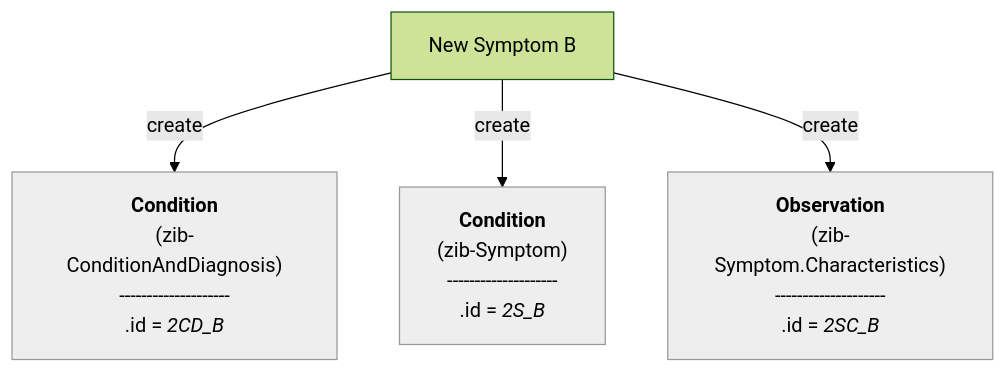
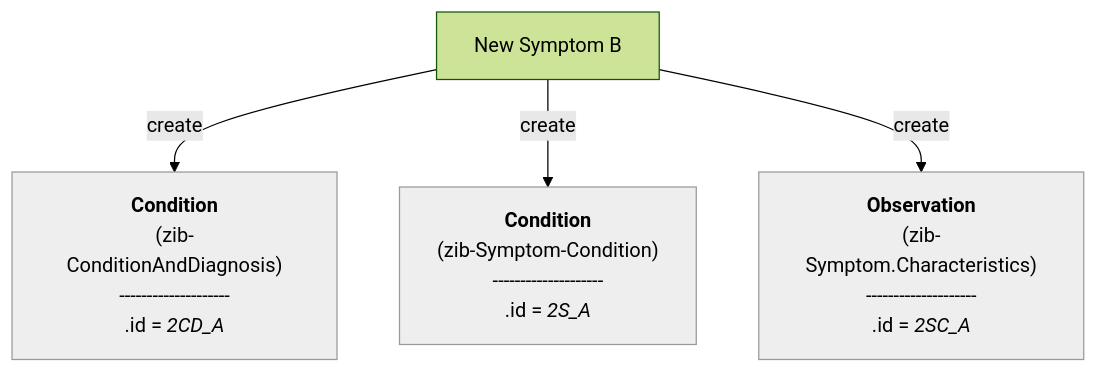
Before and after one commit to Nictiz/Nictiz-R4-zib2024: the seventh of 27 diagrams in documentation/Condition-Diagnosis-Symptom.md, drawn with Mermaid (forest theme). The commit also changed other lines of this file, not shown here.

Commit message:
Added changes regarding symptom as an Observation

````diff
--- a/documentation/Condition-Diagnosis-Symptom.md
+++ b/documentation/Condition-Diagnosis-Symptom.md
@@ -314,27 +387,27 @@
 ```mermaid
 flowchart TB
 
 NewSymptom_B["`New Symptom B`"]
 
     CD_B["`**Condition**
         (zib-ConditionAndDiagnosis)
         --------------------
-        .id = _2CD_B_`"] 
+        .id = _2CD_A_`"] 
     S_B["`**Condition**
-        (zib-Symptom)
+        (zib-Symptom-Condition)
         --------------------
-        .id = _2S_B_`"]
+        .id = _2S_A_`"]
     SC_B["`**Observation**
         (zib-Symptom.Characteristics)
         --------------------
-        .id = _2SC_B_`"]
+        .id = _2SC_A_`"]
 
     CD_B:::Ash
     S_B:::Ash
     SC_B:::Ash
     classDef Ash stroke-width:1px, stroke-dasharray:none, stroke:#999999, fill:#EEEEEE, color:#000000    
 
 NewSymptom_B -- create --> CD_B
 NewSymptom_B -- create --> S_B
 NewSymptom_B -- create --> SC_B
 ```
````
